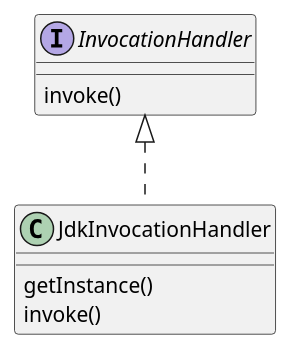
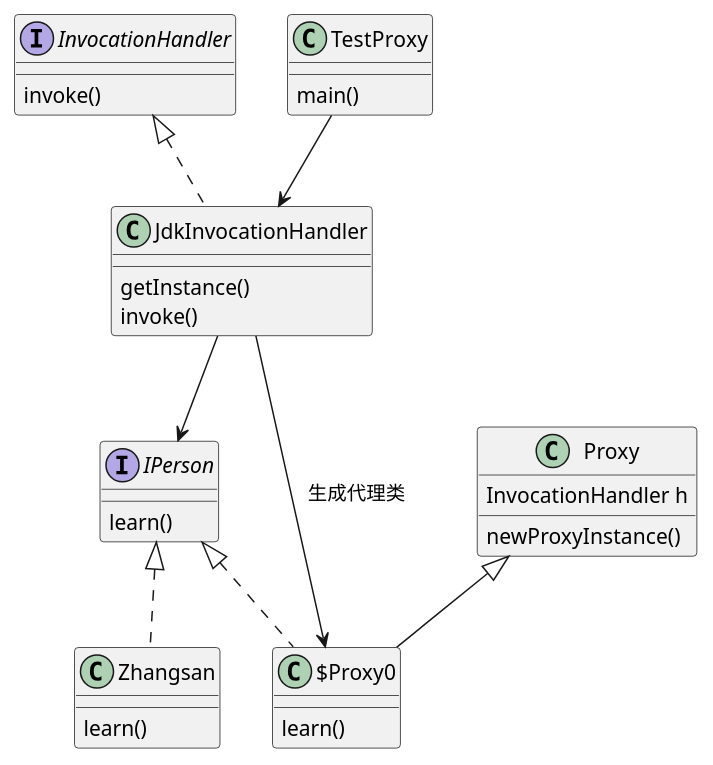
The second of 2 diagrams in 结构型模式/代理模式/代理模式.md (feifeihappy/design-mode), drawn with PlantUML before and after one commit. The commit also changed other lines of this file and 2 other files, not shown here.

````diff
--- a/结构型模式/代理模式/代理模式.md
+++ b/结构型模式/代理模式/代理模式.md
@@ -55,12 +88,34 @@
 ```plantuml
 @startuml
- 
+'https://plantuml.com/class-diagram
+
+interface IPerson{
+learn()
+}
+class Zhangsan implements IPerson{
+learn()
+}
+
 interface InvocationHandler{
 invoke()
 }
 class JdkInvocationHandler implements InvocationHandler{
-getInstance() 
+getInstance()
 invoke()
 }
+class TestProxy{
+main()
+}
+
+class $Proxy0 extends Proxy implements IPerson {
+learn()
+}
+class Proxy{
+InvocationHandler h
+newProxyInstance()
+}
+JdkInvocationHandler-->$Proxy0:生成代理类
+JdkInvocationHandler-->IPerson
+TestProxy-->JdkInvocationHandler
 @enduml
 ```
````
